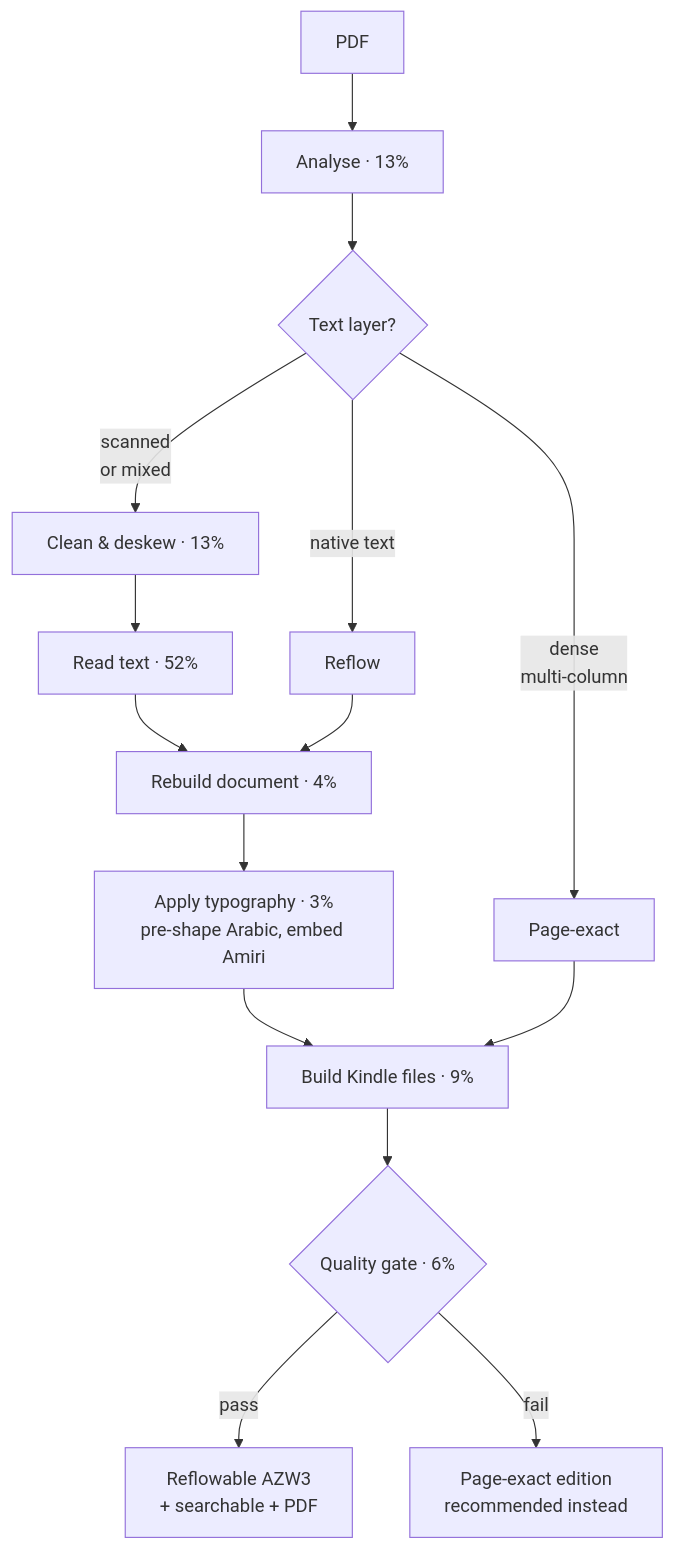
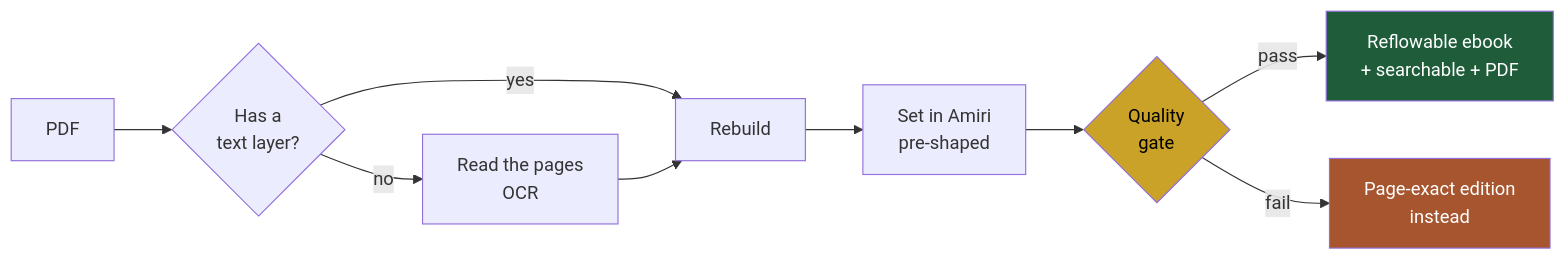
The second of 2 diagrams in README.md (Alaaldin97/warraq), drawn with Mermaid before and after one commit. The commit also changed other lines of this file and 7 other files, not shown here.

````diff
--- a/README.md
+++ b/README.md
@@ -83,21 +81,15 @@
 ```mermaid
-flowchart TB
-    pdf["PDF"] --> analyze["Analyse · 13%"]
-    analyze --> route{"Text layer?"}
+flowchart LR
+    pdf["PDF"] --> look{"Has a<br/>text layer?"}
+    look -->|yes| rebuild["Rebuild"]
+    look -->|no| read["Read the pages<br/>OCR"]
+    read --> rebuild
+    rebuild --> type["Set in Amiri<br/>pre-shaped"]
+    type --> gate{"Quality<br/>gate"}
+    gate -->|pass| good["Reflowable ebook<br/>+ searchable + PDF"]
+    gate -->|fail| safe["Page-exact edition<br/>instead"]
 
-    route -->|"native text"| reflow["Reflow"]
-    route -->|"scanned<br/>or mixed"| clean["Clean & deskew · 13%"]
-    route -->|"dense<br/>multi-column"| fixed["Page-exact"]
-
-    clean --> ocr["Read text · 52%"]
-    ocr --> extract
-    reflow --> extract["Rebuild document · 4%"]
-
-    extract --> typo["Apply typography · 3%<br/>pre-shape Arabic, embed Amiri"]
-    typo --> build["Build Kindle files · 9%"]
-    fixed --> build
-    build --> qa{"Quality gate · 6%"}
-
-    qa -->|"pass"| ok["Reflowable AZW3<br/>+ searchable + PDF"]
-    qa -->|"fail"| fallback["Page-exact edition<br/>recommended instead"]
+    style good fill:#1F5D3A,color:#fff
+    style safe fill:#A6552F,color:#fff
+    style gate fill:#C9A227,color:#000
 ```
````
